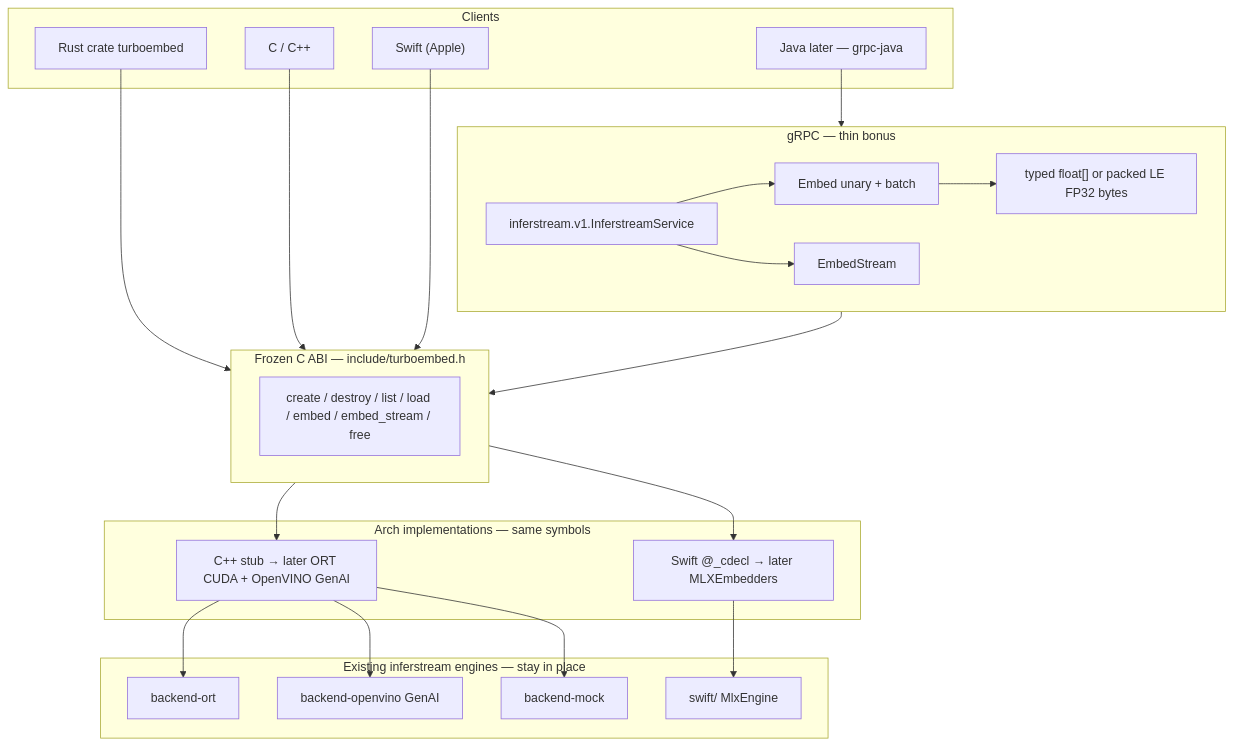
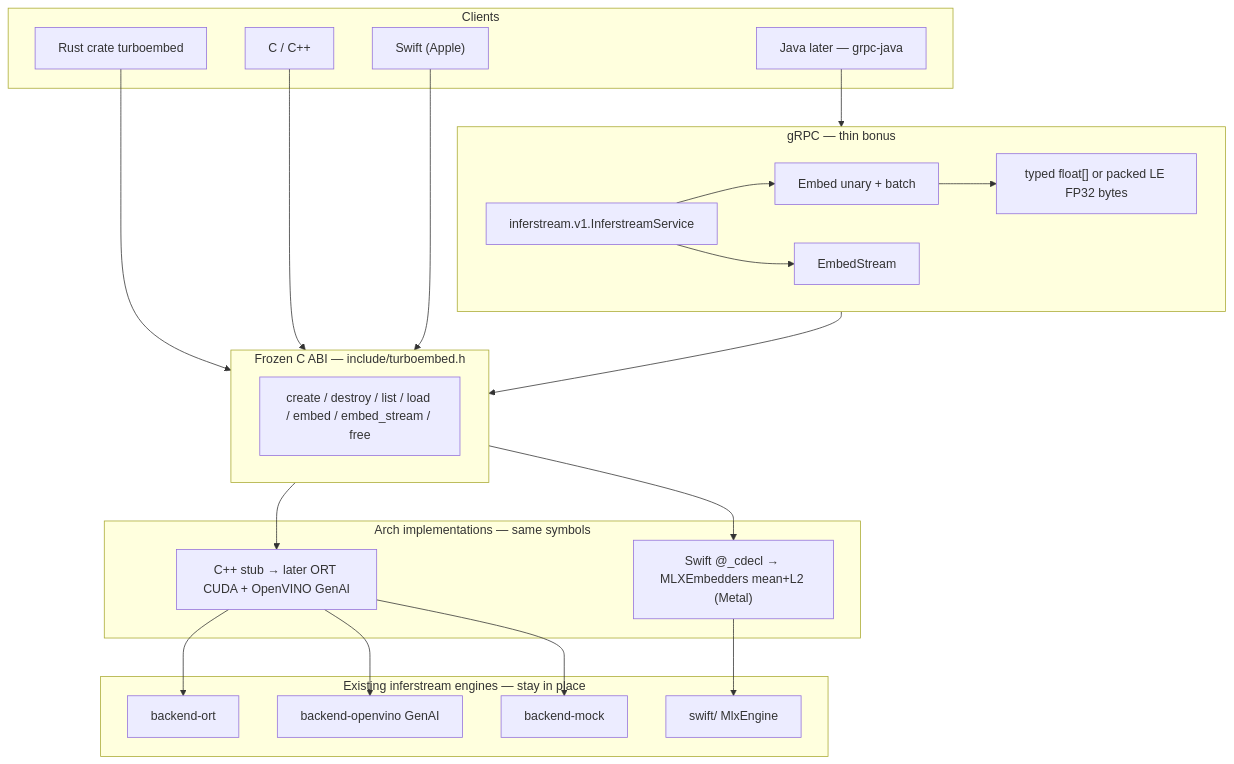
The diagram in docs/turboembed-architecture.md (ai-pipestream/turboembed), drawn with Mermaid before and after one commit. The commit also changed other lines of this file and 12 other files, not shown here.

First line of the commit message:
feat: export real MLX MiniLM through turboembed.h on Metal

````diff
--- a/docs/turboembed-architecture.md
+++ b/docs/turboembed-architecture.md
@@ -15,47 +15,47 @@
 ```mermaid
 flowchart TB
     subgraph clients [Clients]
         Rust["Rust crate turboembed"]
         C["C / C++"]
         Swift["Swift (Apple)"]
         Java["Java later — grpc-java"]
     end
 
     subgraph grpc [gRPC — thin bonus]
         Ext["inferstream.v1.InferstreamService"]
         Embed["Embed unary + batch"]
         Stream["EmbedStream"]
         Packed["typed float[] or packed LE FP32 bytes"]
     end
 
     subgraph abi [Frozen C ABI — include/turboembed.h]
         H["create / destroy / list / load / embed / embed_stream / free"]
     end
 
     subgraph impl [Arch implementations — same symbols]
         Cpp["C++ stub → later ORT CUDA + OpenVINO GenAI"]
-        Mlx["Swift @_cdecl → later MLXEmbedders"]
+        Mlx["Swift @_cdecl → MLXEmbedders mean+L2 (Metal)"]
     end
 
     subgraph engines [Existing inferstream engines — stay in place]
         ORT["backend-ort"]
         GenAI["backend-openvino GenAI"]
         Apple["swift/ MlxEngine"]
         Mock["backend-mock"]
     end
 
     Rust --> abi
     C --> abi
     Swift --> abi
     Java --> grpc
     grpc --> abi
     Ext --> Embed
     Ext --> Stream
     Embed --> Packed
     abi --> Cpp
     abi --> Mlx
     Cpp --> ORT
     Cpp --> GenAI
     Cpp --> Mock
     Mlx --> Apple
 ```
````
